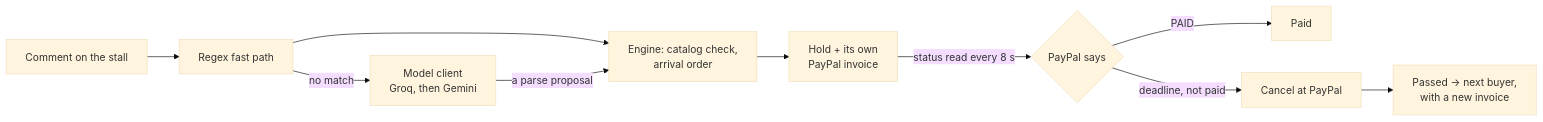
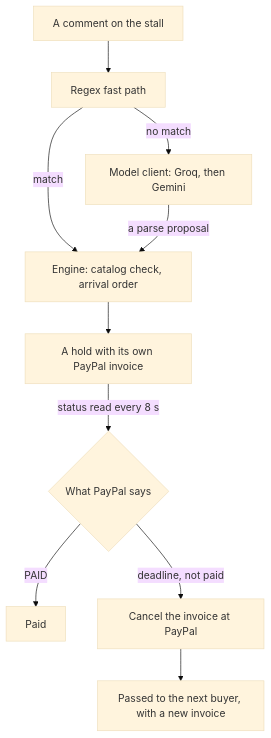
One commit to emmanuelist/hawker changed the diagram in README.md. Above: the diagram before and after it, drawn with Mermaid (base theme). The commit also changed other lines of this file, not shown here.

Commit message:
docs(readme): top-down diagram (legible at GitHub's width); curl comments above the commands
Rendered GitHub's own README HTML with github-markdown-css and Mermaid 11 at 1280 and
390 px: the diagram parses, no horizontal overflow. The CI badge renders once the repo is public.

````diff
--- a/README.md
+++ b/README.md
@@ -83,11 +85,12 @@
 ```mermaid
-flowchart LR
-  C["Comment on the stall"] --> F["Regex fast path"]
-  F -- "no match" --> M["Model client<br/>Groq, then Gemini"]
-  F --> E["Engine: catalog check,<br/>arrival order"]
+flowchart TD
+  C["A comment on the stall"] --> F["Regex fast path"]
+  F -- "no match" --> M["Model client: Groq, then Gemini"]
+  F -- "match" --> E["Engine: catalog check, arrival order"]
   M -- "a parse proposal" --> E
-  E --> H["Hold + its own<br/>PayPal invoice"]
-  H -- "status read every 8 s" --> P{"PayPal says"}
+  E --> H["A hold with its own PayPal invoice"]
+  H -- "status read every 8 s" --> P{"What PayPal says"}
   P -- "PAID" --> PAID["Paid"]
-  P -- "deadline, not paid" --> X["Cancel at PayPal"] --> PASSED["Passed → next buyer,<br/>with a new invoice"]
+  P -- "deadline, not paid" --> X["Cancel the invoice at PayPal"]
+  X --> PASSED["Passed to the next buyer, with a new invoice"]
 ```
````
